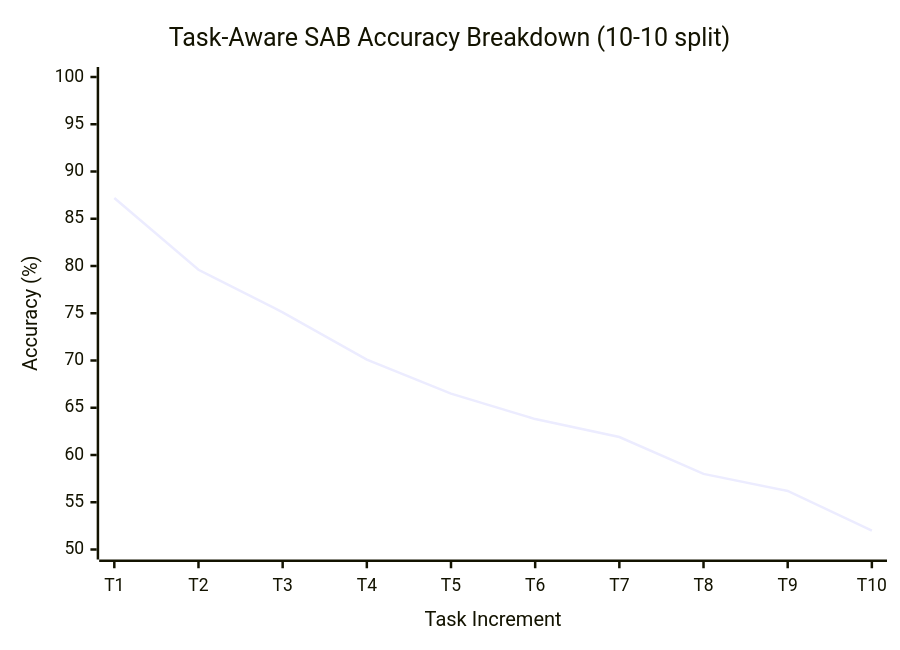
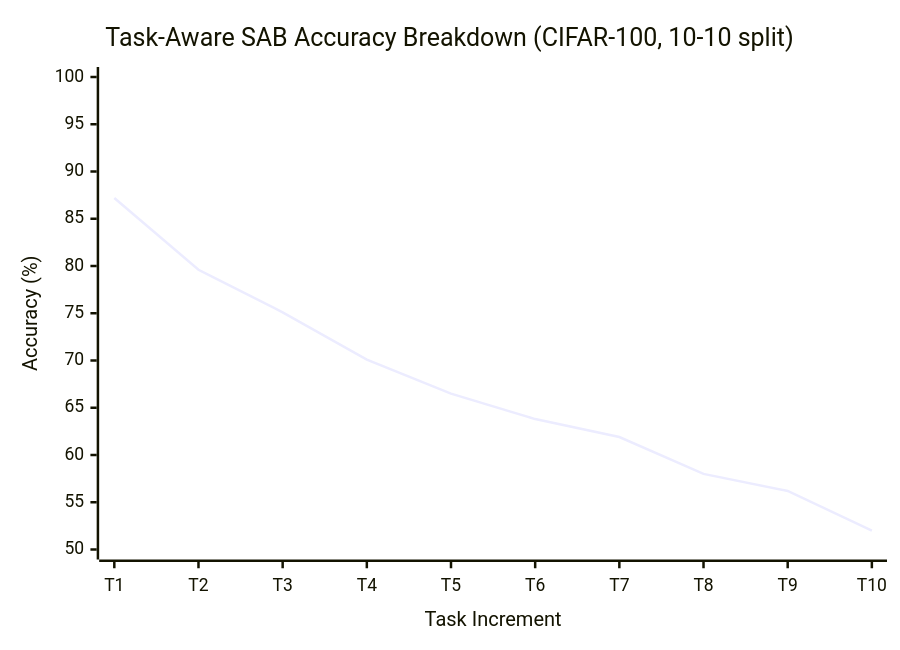
The third of 4 diagrams in README.md (PranjalUpadhyay7/dytox_modification), drawn with Mermaid before and after one commit. The commit also changed other lines of this file, not shown here.

Commit message:
docs: remove task 2 noise, focus on task-aware encoder with accuracy vs baseline graphs

````diff
--- a/README.md
+++ b/README.md
@@ -197,7 +154,7 @@
 ```mermaid
 xychart-beta
-    title "Task-Aware SAB Accuracy Breakdown (10-10 split)"
+    title "Task-Aware SAB Accuracy Breakdown (CIFAR-100, 10-10 split)"
     x-axis "Task Increment" ["T1", "T2", "T3", "T4", "T5", "T6", "T7", "T8", "T9", "T10"]
     y-axis "Accuracy (%)" 50 --> 100
     line [87.2, 79.6, 75.1, 70.1, 66.5, 63.8, 61.9, 58.0, 56.2, 52.0]
 ```
````
